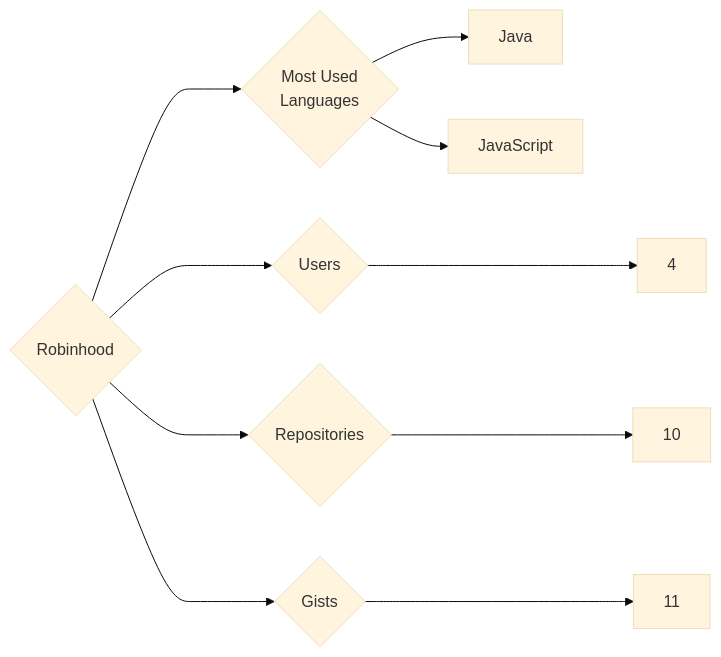
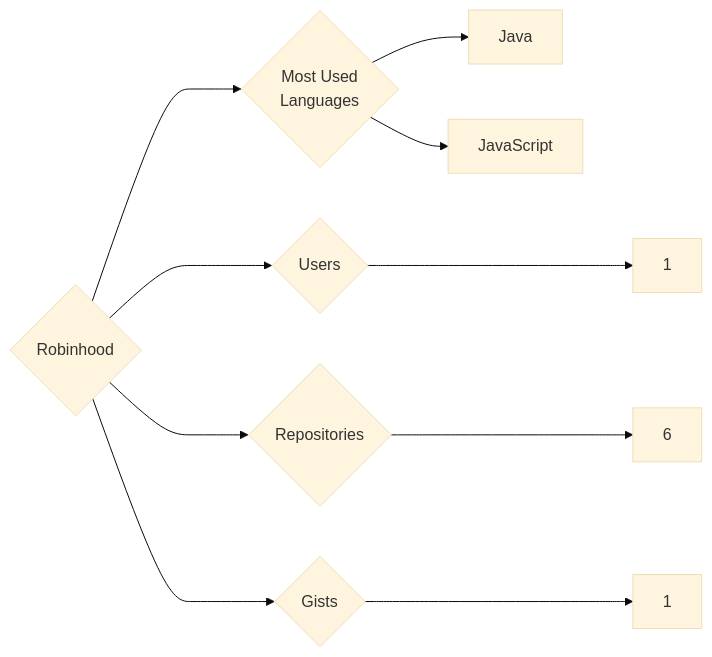
Before and after one commit to trickest/insiders: the diagram in targets/Robinhood/README.md, drawn with Mermaid (base theme). The commit also changed 715 other files, not shown here.

````diff
--- a/targets/Robinhood/README.md
+++ b/targets/Robinhood/README.md
@@ -3,10 +3,10 @@
 ```mermaid
 graph LR
 COMPANY_NAME{Robinhood}
-COMPANY_NAME ---> U{Users} ---> UN[4]
-COMPANY_NAME ---> R{Repositories} ---> RN[10]
-COMPANY_NAME ---> G{Gists} ---> GN[11]
+COMPANY_NAME ---> U{Users} ---> UN[1]
+COMPANY_NAME ---> R{Repositories} ---> RN[6]
+COMPANY_NAME ---> G{Gists} ---> GN[1]
 COMPANY_NAME ---> ML{Most Used<br>Languages}
 ML --> Java[Java]
 ML --> JavaScript[JavaScript]
 ```
````
